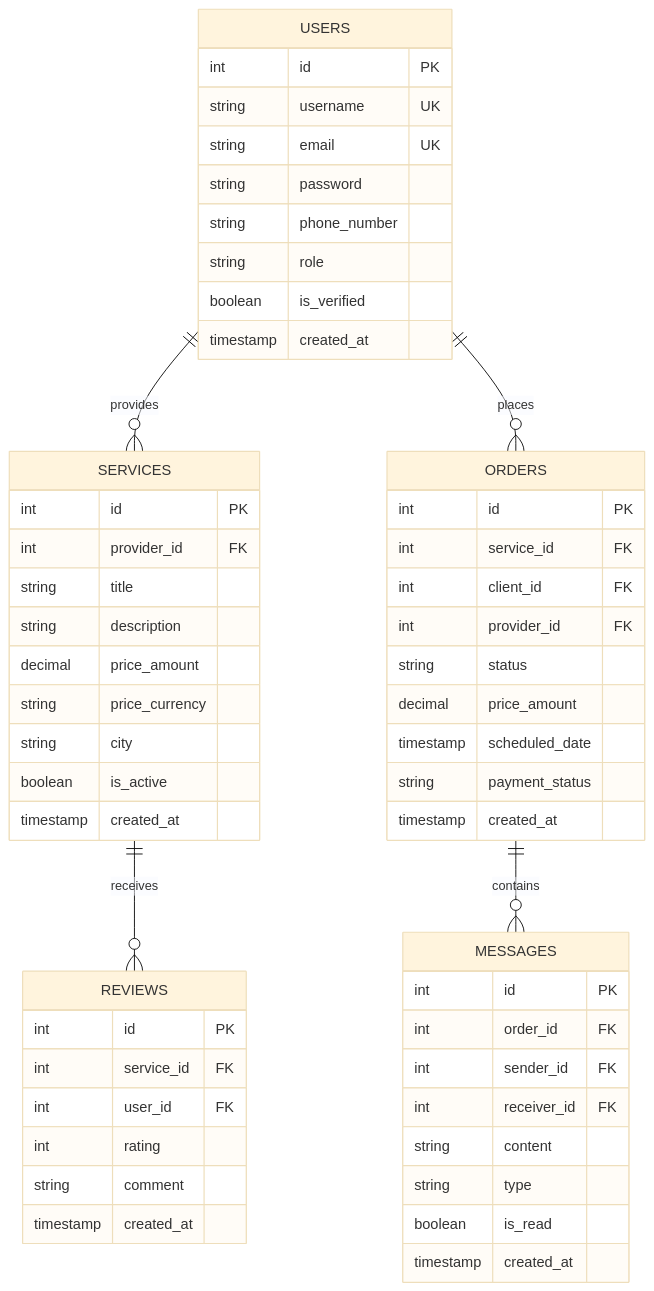
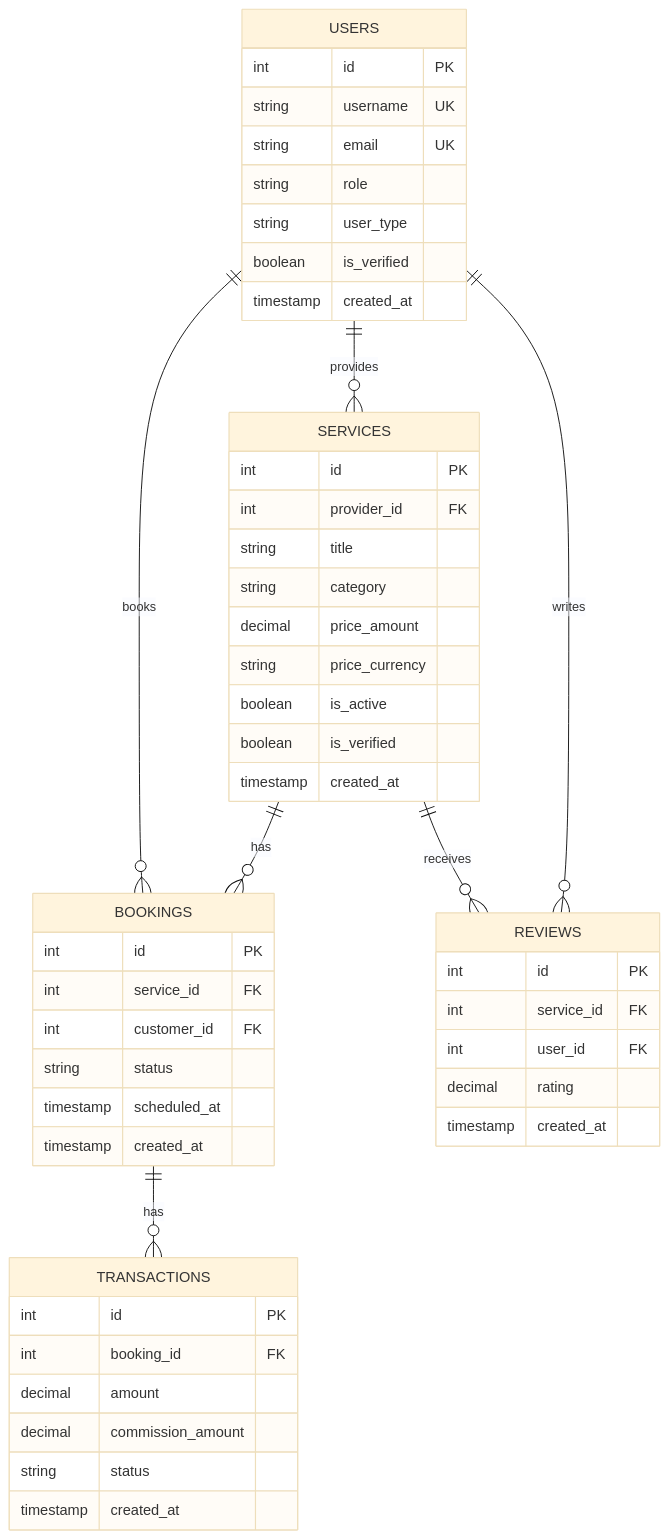
Before and after one commit to fihry/Mouthouq: the diagram in docs/diagrams/DB_SCHEMA.md, drawn with Mermaid (base theme). The commit also changed other lines of this file and 8 other files, not shown here.

Commit message:
docs: align architecture with current backend

````diff
--- a/docs/diagrams/DB_SCHEMA.md
+++ b/docs/diagrams/DB_SCHEMA.md
@@ -139,62 +111,57 @@
 ```mermaid
 erDiagram
     USERS ||--o{ SERVICES : provides
-    USERS ||--o{ ORDERS : places
+    USERS ||--o{ BOOKINGS : books
+    SERVICES ||--o{ BOOKINGS : has
     SERVICES ||--o{ REVIEWS : receives
-    ORDERS ||--o{ MESSAGES : contains
+    USERS ||--o{ REVIEWS : writes
+    BOOKINGS ||--o{ TRANSACTIONS : has
 
     USERS {
         int id PK
         string username UK
         string email UK
-        string password
-        string phone_number
         string role
+        string user_type
         boolean is_verified
         timestamp created_at
     }
 
     SERVICES {
         int id PK
         int provider_id FK
         string title
-        string description
+        string category
         decimal price_amount
         string price_currency
-        string city
         boolean is_active
+        boolean is_verified
         timestamp created_at
     }
 
-    ORDERS {
+    BOOKINGS {
         int id PK
         int service_id FK
-        int client_id FK
-        int provider_id FK
+        int customer_id FK
         string status
-        decimal price_amount
-        timestamp scheduled_date
-        string payment_status
+        timestamp scheduled_at
         timestamp created_at
     }
 
     REVIEWS {
         int id PK
         int service_id FK
         int user_id FK
-        int rating
-        string comment
+        decimal rating
         timestamp created_at
     }
 
-    MESSAGES {
+    TRANSACTIONS {
         int id PK
-        int order_id FK
-        int sender_id FK
-        int receiver_id FK
-        string content
-        string type
-        boolean is_read
+        int booking_id FK
+        decimal amount
+        decimal commission_amount
+        string status
         timestamp created_at
     }
 ```
````
